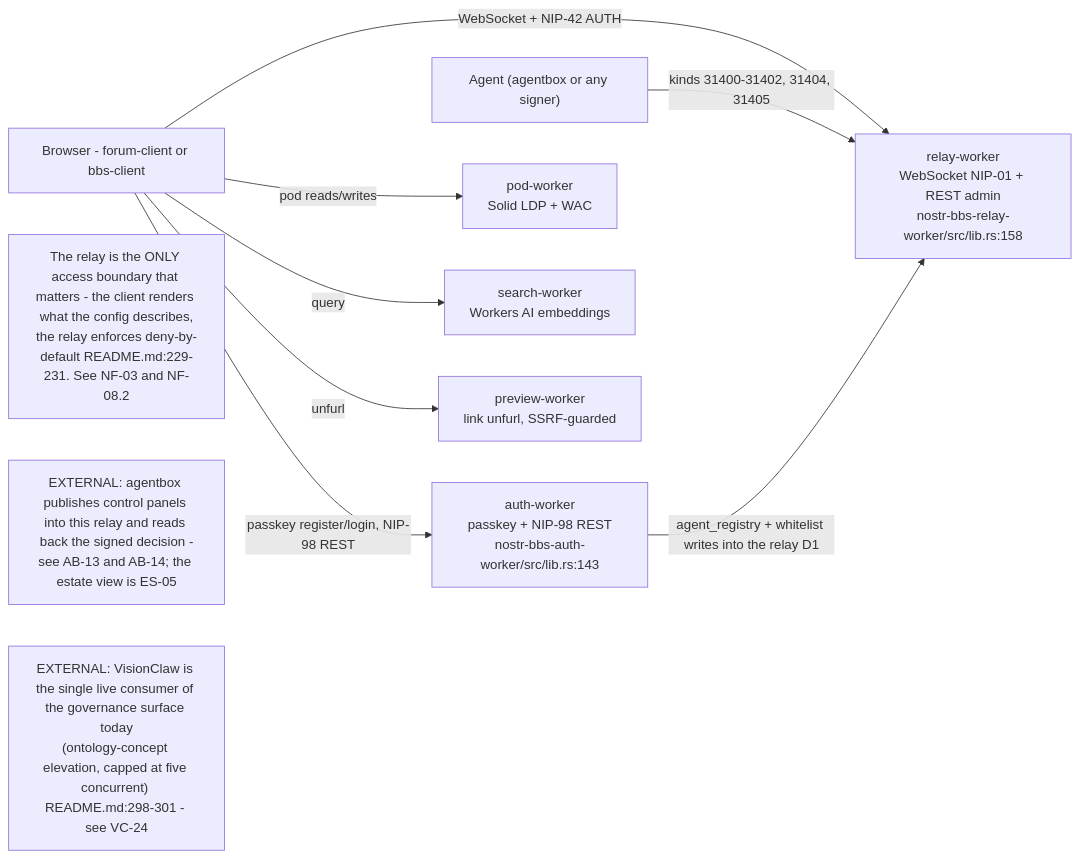
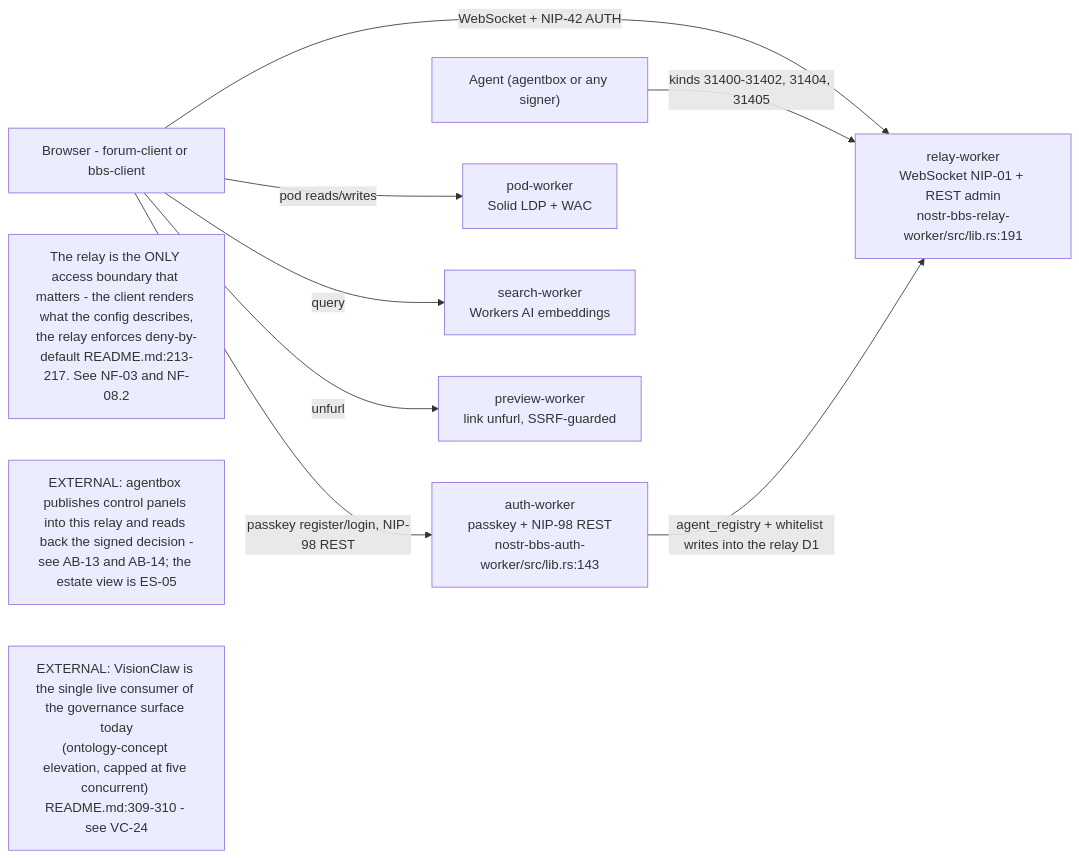
One commit to DreamLab-AI/VisionFlow changed the sixth of 6 diagrams in docs/diagrams/nostr-rust-forum/01-workspace-and-worker-topology.md. Above: the diagram before and after it, drawn with Mermaid. The commit also changed other lines of this file and 136 other files, not shown here.

First line of the commit message:
docs(diagrams): refresh the whole corpus to code HEAD and prune low-value diagrams

````diff
--- a/docs/diagrams/nostr-rust-forum/01-workspace-and-worker-topology.md
+++ b/docs/diagrams/nostr-rust-forum/01-workspace-and-worker-topology.md
@@ -184,22 +196,22 @@
 ```mermaid
 flowchart LR
     BROWSER["Browser - forum-client or bbs-client"]
     AGENT["Agent (agentbox or any signer)"]
-    RELAYW["relay-worker<br/>WebSocket NIP-01 + REST admin<br/>nostr-bbs-relay-worker/src/lib.rs:158"]
+    RELAYW["relay-worker<br/>WebSocket NIP-01 + REST admin<br/>nostr-bbs-relay-worker/src/lib.rs:191"]
     AUTHW["auth-worker<br/>passkey + NIP-98 REST<br/>nostr-bbs-auth-worker/src/lib.rs:143"]
     PODW["pod-worker<br/>Solid LDP + WAC"]
     SEARCHW["search-worker<br/>Workers AI embeddings"]
     PREVW["preview-worker<br/>link unfurl, SSRF-guarded"]
 
     BROWSER -->|"WebSocket + NIP-42 AUTH"| RELAYW
     BROWSER -->|"passkey register/login, NIP-98 REST"| AUTHW
     BROWSER -->|"pod reads/writes"| PODW
     BROWSER -->|"query"| SEARCHW
     BROWSER -->|"unfurl"| PREVW
     AGENT -->|"kinds 31400-31402, 31404, 31405"| RELAYW
     AUTHW -->|"agent_registry + whitelist writes into the relay D1"| RELAYW
 
-    N1["The relay is the ONLY access boundary that matters - the client renders what the config describes,<br/>the relay enforces deny-by-default README.md:229-231. See NF-03 and NF-08.2"]
+    N1["The relay is the ONLY access boundary that matters - the client renders what the config describes,<br/>the relay enforces deny-by-default README.md:213-217. See NF-03 and NF-08.2"]
     N2["EXTERNAL: agentbox publishes control panels into this relay and reads back the signed decision -<br/>see AB-13 and AB-14; the estate view is ES-05"]
-    N3["EXTERNAL: VisionClaw is the single live consumer of the governance surface today<br/>(ontology-concept elevation, capped at five concurrent) README.md:298-301 - see VC-24"]
+    N3["EXTERNAL: VisionClaw is the single live consumer of the governance surface today<br/>(ontology-concept elevation, capped at five concurrent) README.md:309-310 - see VC-24"]
 ```
````
